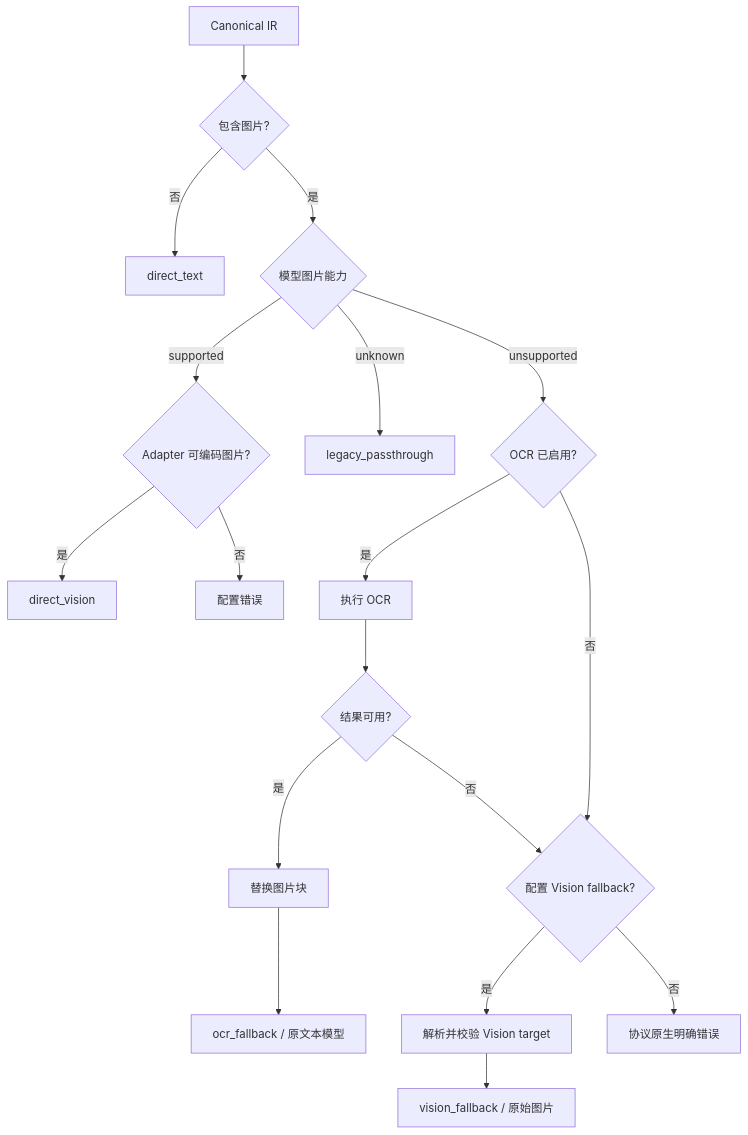
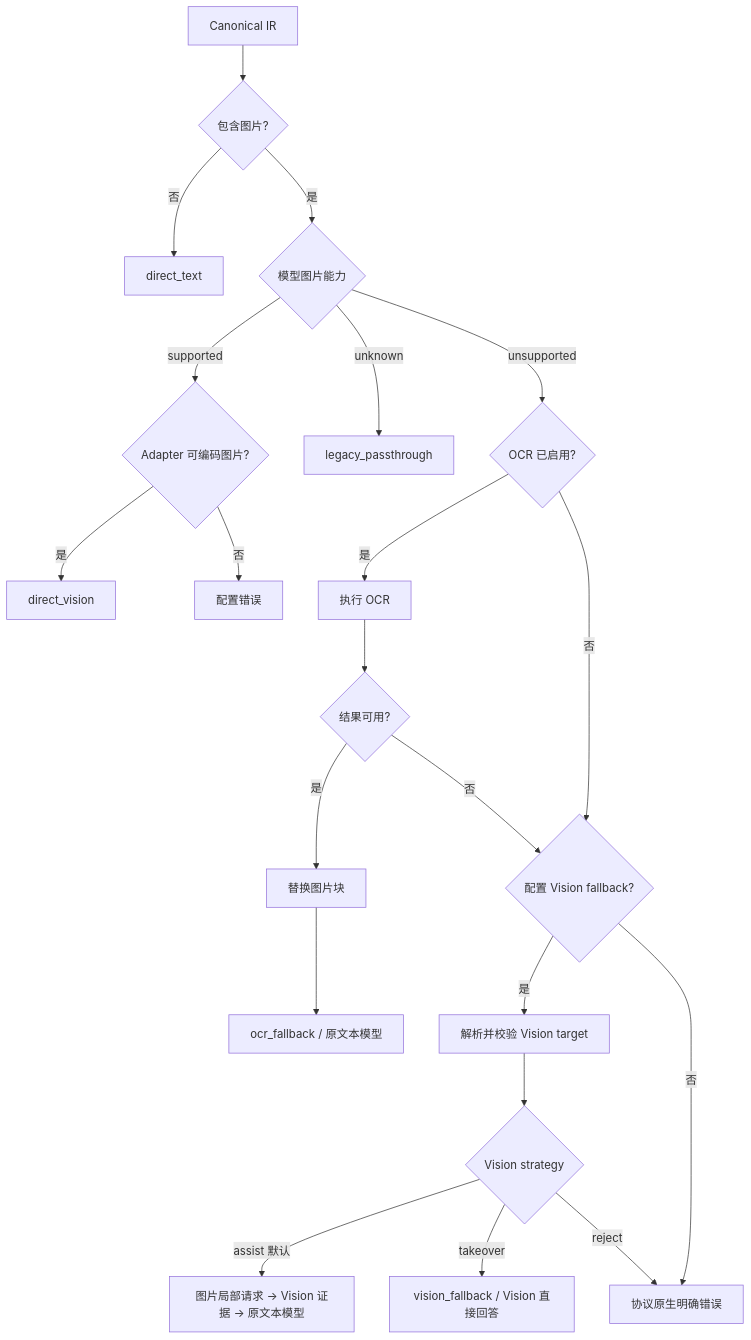
One commit to Zero-KPI-Dev/vibe-proxy changed the diagram in docs/ocr-fallback-design.md. Above: the diagram before and after it, drawn with Mermaid. The commit also changed other lines of this file and 136 other files, not shown here.

Commit message:
feat: add vision assist fallback strategy

````diff
--- a/docs/ocr-fallback-design.md
+++ b/docs/ocr-fallback-design.md
@@ -383,20 +385,23 @@
 ```mermaid
 flowchart TD
   A[Canonical IR] --> B{包含图片?}
   B -- 否 --> C[direct_text]
   B -- 是 --> D{模型图片能力}
   D -- supported --> E{Adapter 可编码图片?}
   E -- 是 --> F[direct_vision]
   E -- 否 --> G[配置错误]
   D -- unknown --> H[legacy_passthrough]
   D -- unsupported --> I{OCR 已启用?}
   I -- 是 --> J[执行 OCR]
   J --> K{结果可用?}
   K -- 是 --> L[替换图片块]
   L --> M[ocr_fallback / 原文本模型]
   K -- 否 --> N{配置 Vision fallback?}
   I -- 否 --> N
   N -- 是 --> O[解析并校验 Vision target]
-  O --> P[vision_fallback / 原始图片]
+  O --> P{Vision strategy}
+  P -- assist 默认 --> R[图片局部请求 -> Vision 证据 -> 原文本模型]
+  P -- takeover --> S[vision_fallback / Vision 直接回答]
+  P -- reject --> Q
   N -- 否 --> Q[协议原生明确错误]
 ```
````
